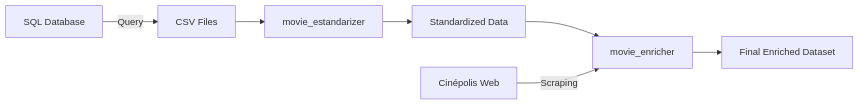
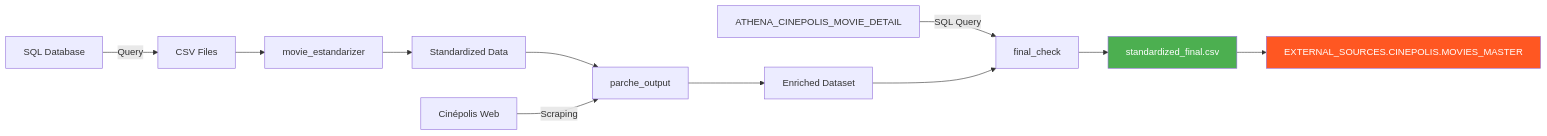
The second of 2 diagrams in README.md (nicolasfredesfranco/help_frida), drawn with Mermaid before and after one commit. The commit also changed other lines of this file and 7 other files, not shown here.

Commit message:
docs: add final check module for production data validation and MOVIES_MASTER loading

````diff
--- a/README.md
+++ b/README.md
@@ -390,9 +467,16 @@
 ```mermaid
 graph LR
     A[SQL Database] -->|Query| B[CSV Files]
     B --> C[movie_estandarizer]
     C --> D[Standardized Data]
-    D --> E[movie_enricher]
+    D --> E[parche_output]
     F[Cinépolis Web] -->|Scraping| E
-    E --> G[Final Enriched Dataset]
+    E --> G[Enriched Dataset]
+    H[ATHENA_CINEPOLIS_MOVIE_DETAIL] -->|SQL Query| I[final_check]
+    G --> I
+    I --> J[standardized_final.csv]
+    J --> K[EXTERNAL_SOURCES.CINEPOLIS.MOVIES_MASTER]
+    
+    style K fill:#ff5722,color:#fff
+    style J fill:#4caf50,color:#fff
 ```
````
